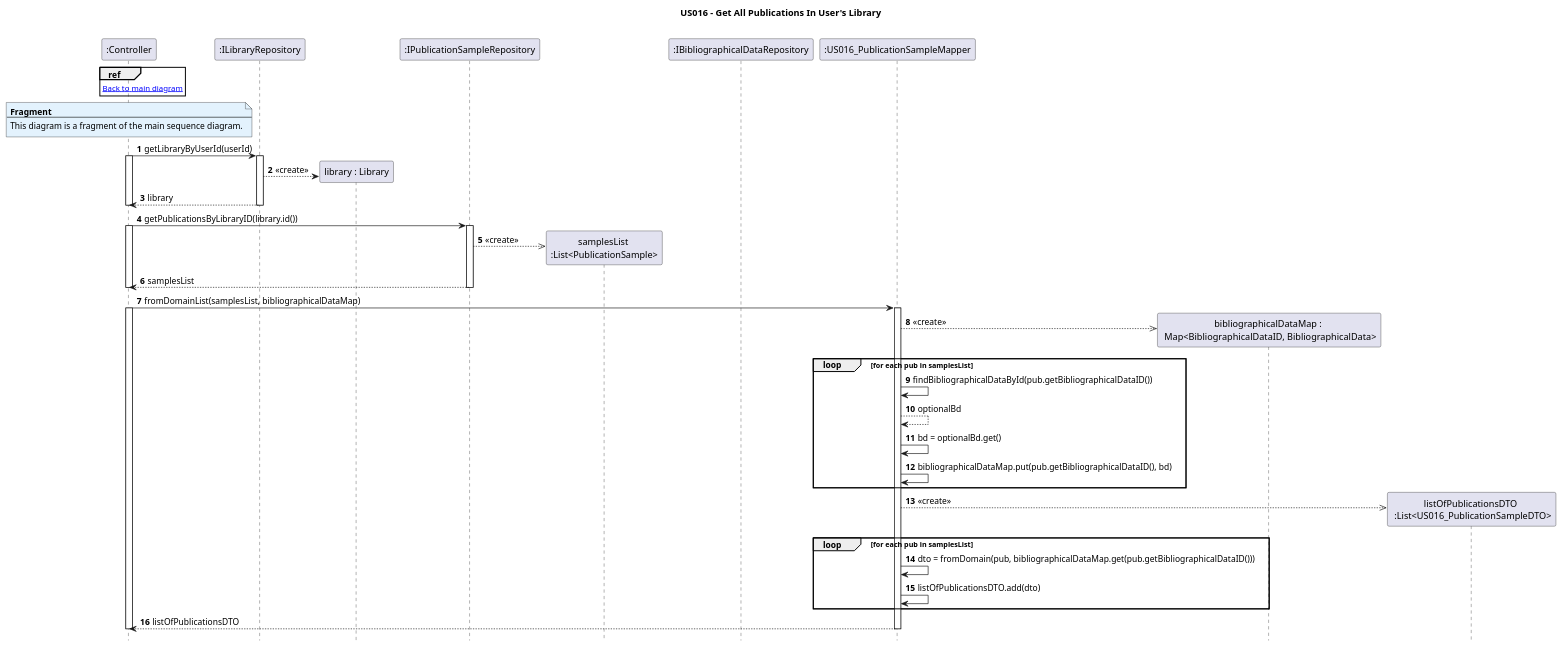
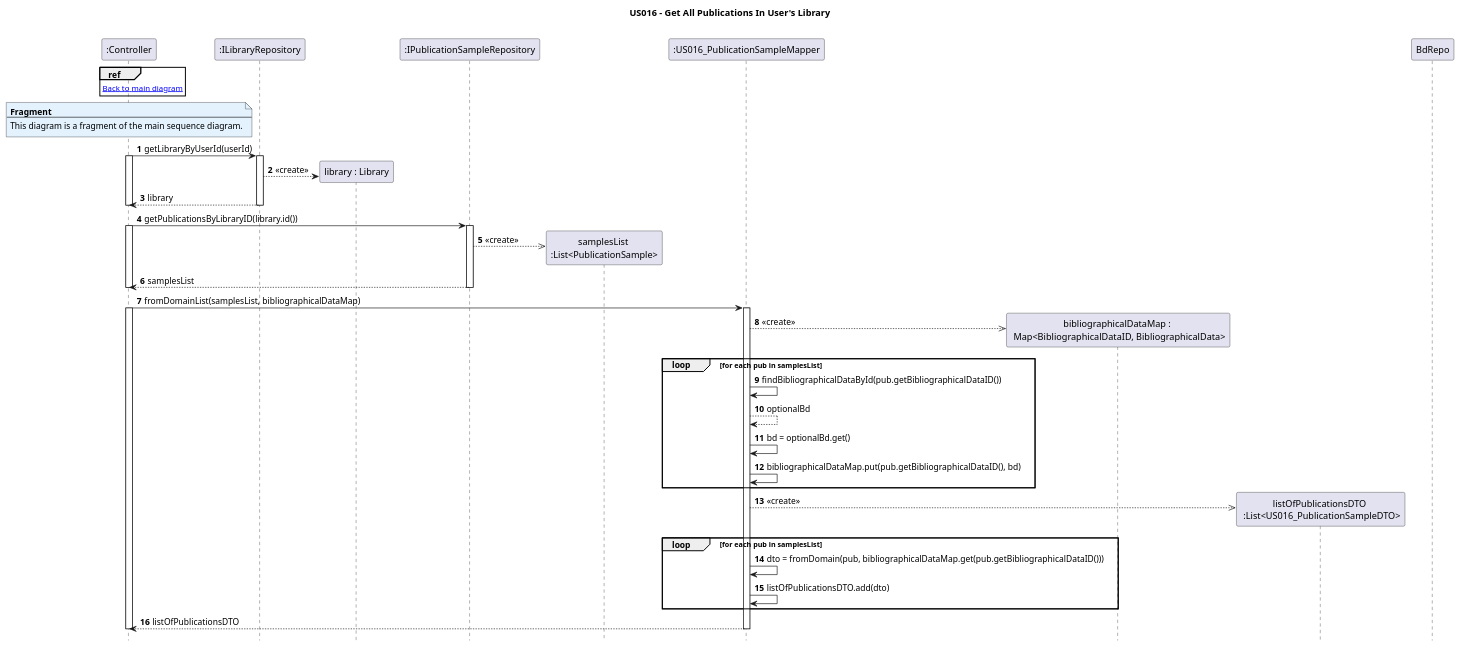
Before and after one commit to AndrePereiraGitH/SWitCH-Project-Team_A: the diagram in Diagrams/SequenceDiagrams/N2/US016-to-put-for-sale-as-Auction-publication-in-my-library/2.GetAllPublicationsInUserLibrary.puml, drawn with PlantUML. The commit also changed 3 other files, not shown here.

```diff
--- a/Diagrams/SequenceDiagrams/N2/US016-to-put-for-sale-as-Auction-publication-in-my-library/2.GetAllPublicationsInUserLibrary.puml
+++ b/Diagrams/SequenceDiagrams/N2/US016-to-put-for-sale-as-Auction-publication-in-my-library/2.GetAllPublicationsInUserLibrary.puml
@@ -1,89 +1,87 @@
 @startuml
 autonumber
 hide footbox
 title US016 - Get All Publications In User's Library
 
 
 
 participant ":Controller" as ctrl
 
 participant ":ILibraryRepository" as LibRepo
 participant "library : Library" as library
 
 participant ":IPublicationSampleRepository" as PubRepo
 participant "samplesList \n:List<PublicationSample>" as samplesList
-
-participant ":IBibliographicalDataRepository" as BdRepo
 
 participant ":US016_PublicationSampleMapper" as PubMapper
 participant "bibliographicalDataMap : \n Map<BibliographicalDataID, BibliographicalData>" as bdMap
 
 participant "listOfPublicationsDTO \n :List<US016_PublicationSampleDTO>" as dtoList
 
 ref over ctrl
 [[1.MainDiagram.puml Back to main diagram]]
 end ref
 
 note over ctrl #E3F2FD
 <b>Fragment</b>
 ---
 This diagram is a fragment of the main sequence diagram.
 end note
 
 ctrl -> LibRepo : getLibraryByUserId(userId)
 activate ctrl
 activate LibRepo
 LibRepo --> library ** : <<create>>
 LibRepo --> ctrl : library
 deactivate ctrl
 deactivate LibRepo
 
 ctrl -> PubRepo : getPublicationsByLibraryID(library.id())
 activate ctrl
 activate PubRepo
 PubRepo -->> samplesList ** : <<create>>
 PubRepo --> ctrl : samplesList
 deactivate ctrl
 deactivate PubRepo
 
 'ctrl -> BdRepo : getBibliographicalDataMap(samplesList)
 'activate ctrl
 'activate BdRepo
 'BdRepo -> bdMap ** : <<create>>
 
 
 
 'BdRepo --> ctrl : bibliographicalDataMap
 deactivate ctrl
 deactivate BdRepo
 
 
 
 ctrl -> PubMapper : fromDomainList(samplesList, bibliographicalDataMap)
 activate ctrl
 activate PubMapper
 
 PubMapper -->> bdMap** : <<create>>
 
 loop for each pub in samplesList
     PubMapper -> PubMapper : findBibliographicalDataById(pub.getBibliographicalDataID())
     PubMapper --> PubMapper : optionalBd
 
     PubMapper -> PubMapper : bd = optionalBd.get()
     PubMapper -> PubMapper : bibliographicalDataMap.put(pub.getBibliographicalDataID(), bd)
 end
 
 PubMapper -->> dtoList ** : <<create>>
 
 loop for each pub in samplesList
     PubMapper -> PubMapper : dto = fromDomain(pub, bibliographicalDataMap.get(pub.getBibliographicalDataID()))
     PubMapper -> PubMapper : listOfPublicationsDTO.add(dto)
 end
 
 
 
 PubMapper --> ctrl : listOfPublicationsDTO
 deactivate PubMapper
 deactivate ctrl
 
 @enduml
```
